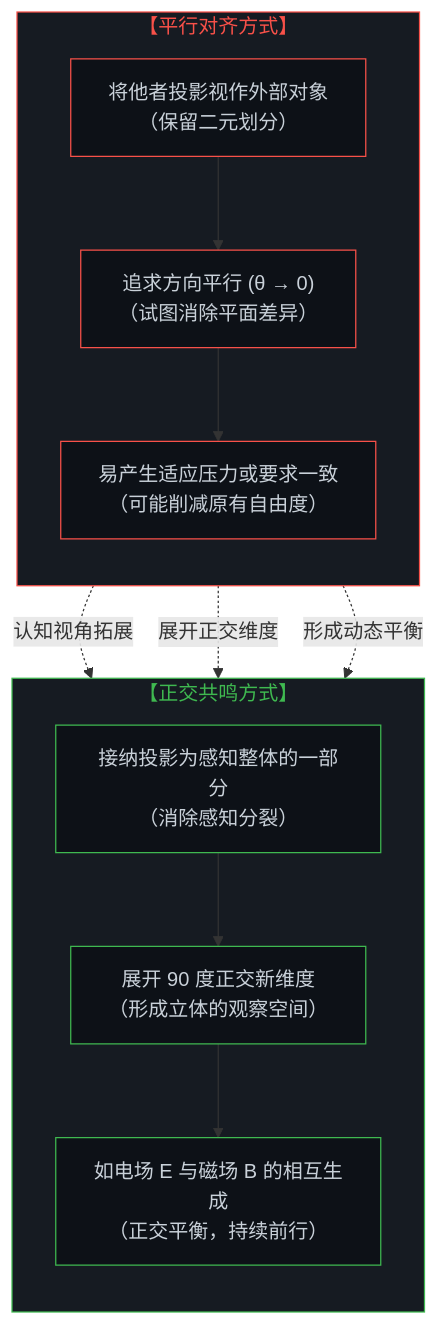
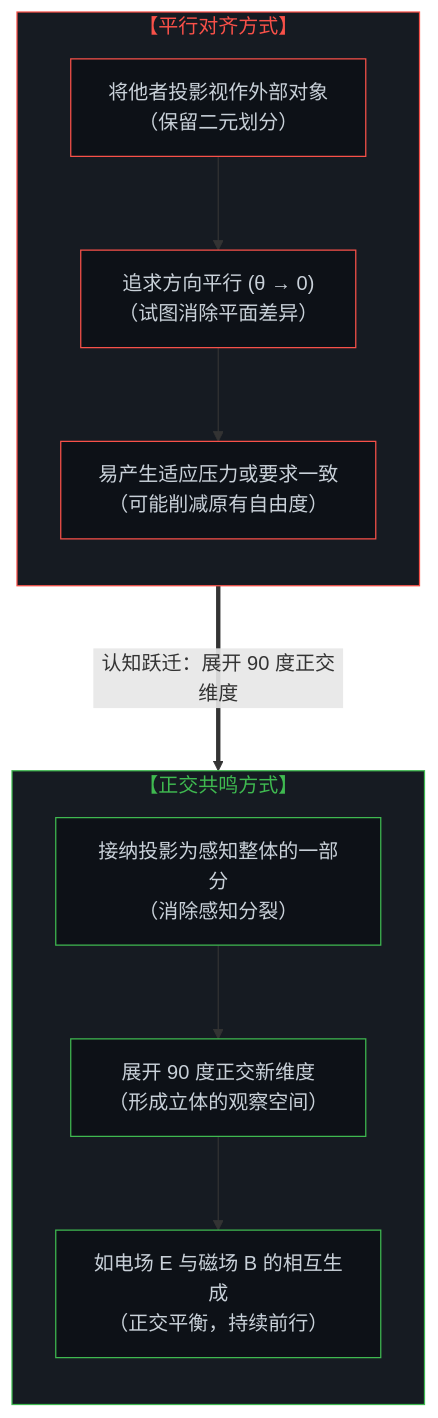
Before and after one commit to powerpig99/not-a-toe: the fourth of 4 diagrams in content/posts/the-mind-as-vector-and-coordinate-system.md, drawn with Mermaid. The commit also changed other lines of this file and 1 other file, not shown here.

Commit message:
Convert all Mermaid diagrams to strictly vertical mobile-friendly top-down flow

````diff
--- a/content/posts/the-mind-as-vector-and-coordinate-system.md
+++ b/content/posts/the-mind-as-vector-and-coordinate-system.md
@@ -228,31 +225,29 @@
 ```mermaid
 graph TD
     subgraph S_Duality["【平行对齐方式】"]
         direction TB
         P1["将他者投影视作外部对象<br>（保留二元划分）"]
         P2["追求方向平行 (θ → 0)<br>（试图消除平面差异）"]
         P3["易产生适应压力或要求一致<br>（可能削减原有自由度）"]
         P1 --> P2 --> P3
     end
 
     subgraph S_EM["【正交共鸣方式】"]
         direction TB
         E1["接纳投影为感知整体的一部分<br>（消除感知分裂）"]
         E2["展开 90 度正交新维度<br>（形成立体的观察空间）"]
         E3["如电场 E 与磁场 B 的相互生成<br>（正交平衡，持续前行）"]
         E1 --> E2 --> E3
     end
 
-    P1 -.->|"认知视角拓展"| E1
-    P2 -.->|"展开正交维度"| E2
-    P3 -.->|"形成动态平衡"| E3
+    P3 ===>|"认知跃迁：展开 90 度正交维度"| E1
 
     style S_Duality fill:#161b22,stroke:#f85149,stroke-width:1px,color:#f85149
     style S_EM fill:#161b22,stroke:#3fb950,stroke-width:1px,color:#3fb950
     style P1 fill:#0d1117,stroke:#f85149,stroke-width:1px,color:#c9d1d9
     style P2 fill:#0d1117,stroke:#f85149,stroke-width:1px,color:#c9d1d9
     style P3 fill:#0d1117,stroke:#f85149,stroke-width:1px,color:#c9d1d9
     style E1 fill:#0d1117,stroke:#3fb950,stroke-width:1px,color:#c9d1d9
     style E2 fill:#0d1117,stroke:#3fb950,stroke-width:1px,color:#c9d1d9
     style E3 fill:#0d1117,stroke:#3fb950,stroke-width:1px,color:#c9d1d9
 ```
````
